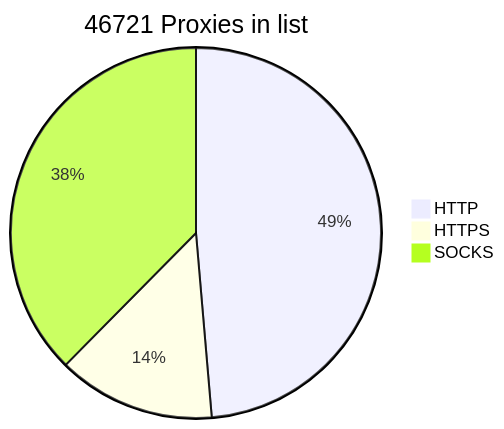
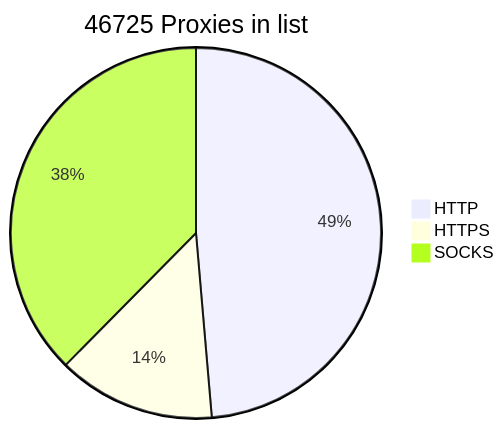
Before and after one commit to BlackSnowDot/proxylist-update-every-minute: the diagram in README.md, drawn with Mermaid.

````diff
--- a/README.md
+++ b/README.md
@@ -2,6 +2,6 @@
 ```mermaid
-pie title 46721 Proxies in list
+pie title 46725 Proxies in list
     "HTTP" : 25357
-    "HTTPS": 7175
-    "SOCKS" : 19600
+    "HTTPS": 7176
+    "SOCKS" : 19603
 ```
````
